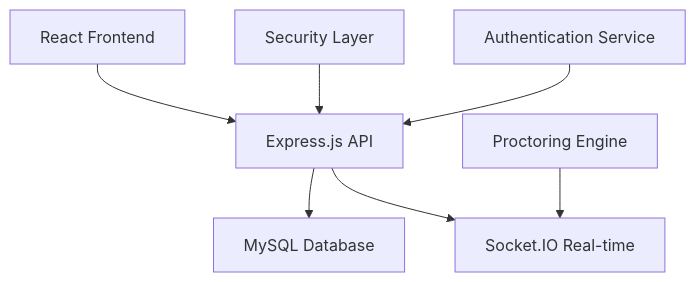
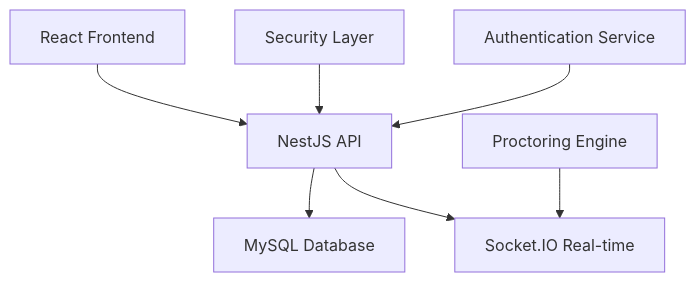
One commit to Alpha-Dev001/Smart-Shield-Examination-Platform changed the diagram in README.md. Above: the diagram before and after it, drawn with Mermaid. The commit also changed other lines of this file, not shown here.

Commit message:
Update README with NestJS backend and clean formatting

````diff
--- a/README.md
+++ b/README.md
@@ -54,9 +54,9 @@
 ```mermaid
 graph TB
-    A[React Frontend] --> B[Express.js API]
+    A[React Frontend] --> B[NestJS API]
     B --> C[MySQL Database]
     B --> D[Socket.IO Real-time]
     E[Proctoring Engine] --> D
     F[Security Layer] --> B
     G[Authentication Service] --> B
 ```
````
